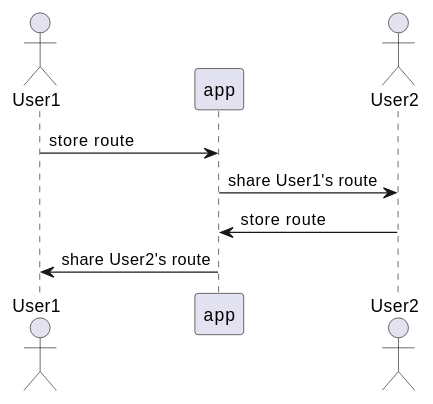
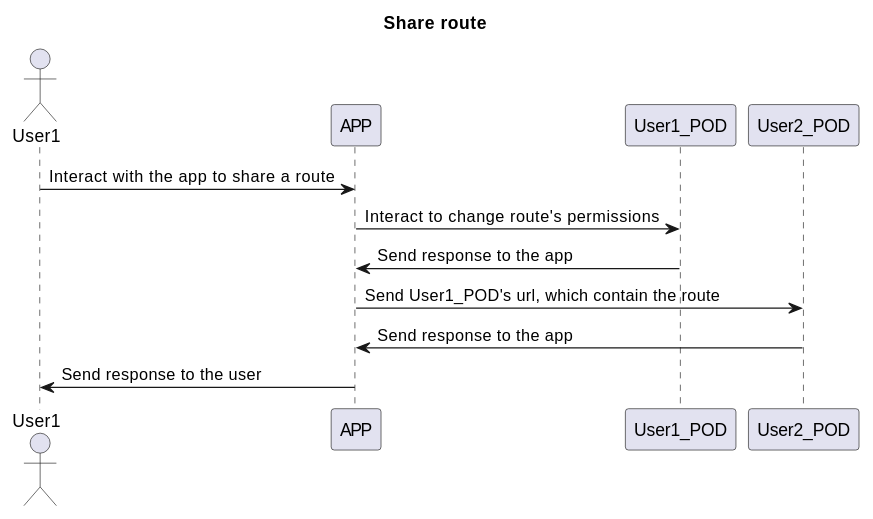
The second of 3 diagrams in src/docs/06_runtime_view.adoc (Arquisoft/viade_es2a), drawn with PlantUML before and after one commit. The commit also changed other lines of this file, not shown here.

```diff
--- a/src/docs/06_runtime_view.adoc
+++ b/src/docs/06_runtime_view.adoc
@@ -27,10 +27,15 @@
 [plantuml,"Sequence diagram2",png]
 ----
+title Share route
+
 actor User1
-participant app
-actor User2
-User1 -> app:store route 
-app -> User2:share User1's route
-User2 -> app:store route 
-app -> User1:share User2's route
+participant APP
+participant User1_POD
+participant User2_POD
+User1->APP:Interact with the app to share a route
+APP->User1_POD:Interact to change route's permissions
+APP<-User1_POD:Send response to the app
+APP->User2_POD:Send User1_POD's url, which contain the route
+APP<-User2_POD:Send response to the app
+User1<-APP:Send response to the user
 ----
```
